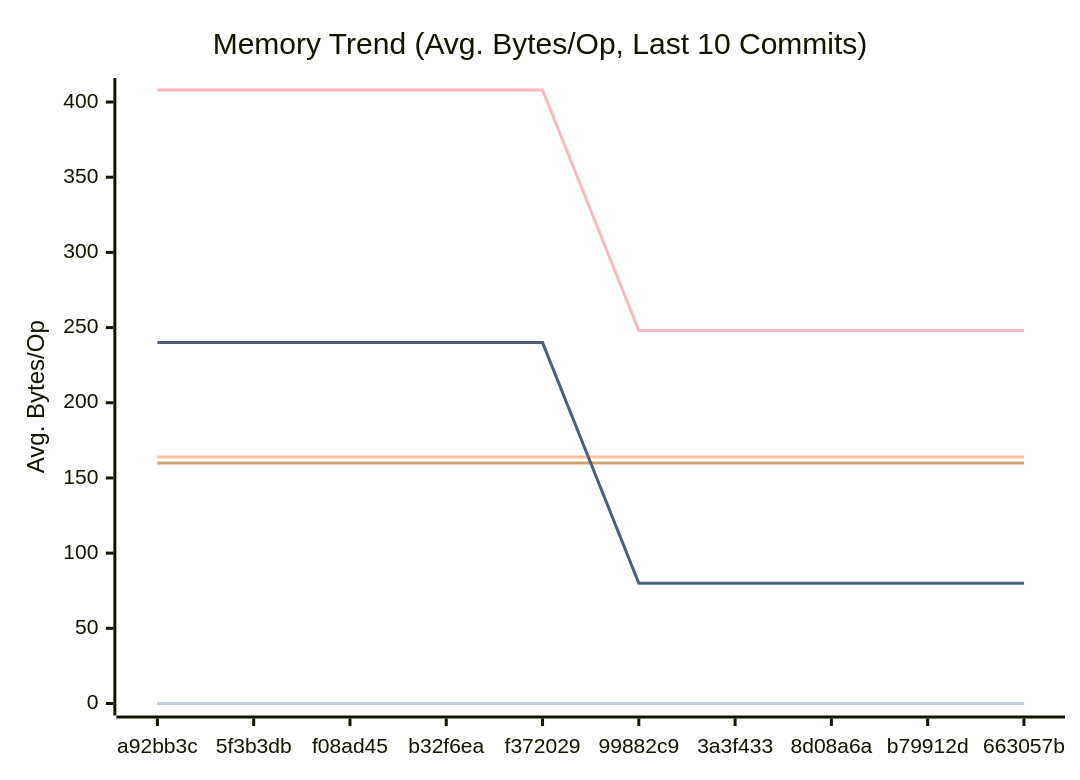
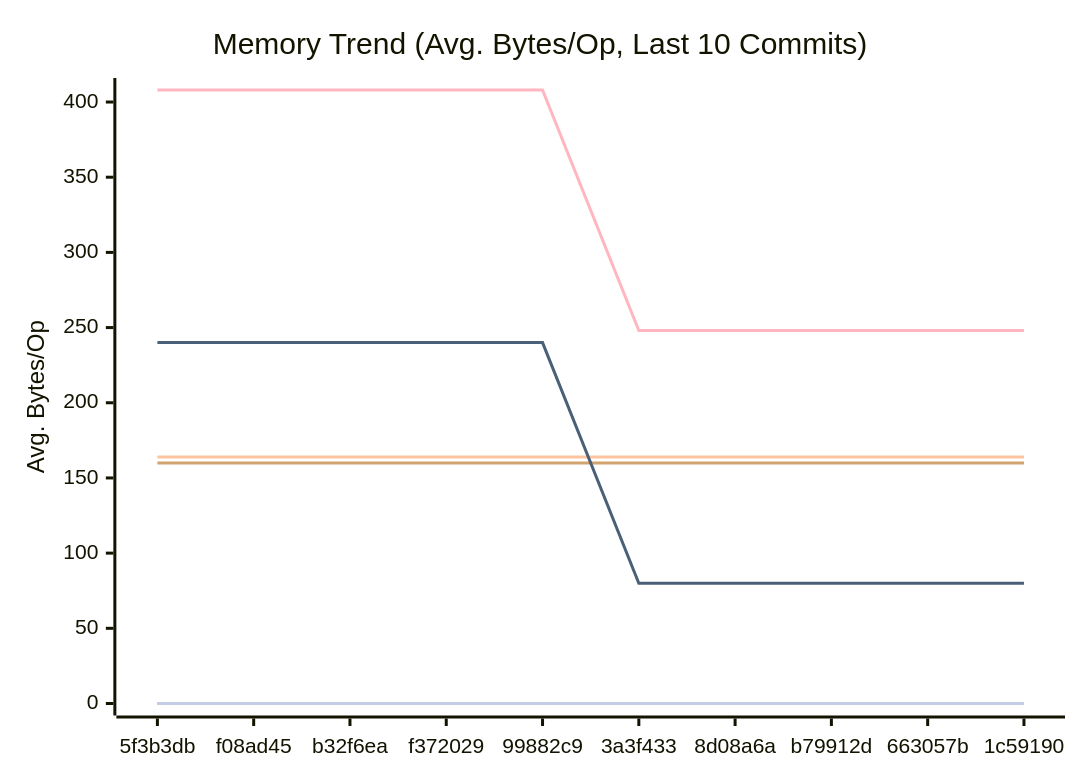
Before and after one commit to alsotoes/momo: the second of 3 diagrams in docs/PERFORMANCE.md, drawn with Mermaid. The commit also changed other lines of this file and 5 other files, not shown here.

````diff
--- a/docs/PERFORMANCE.md
+++ b/docs/PERFORMANCE.md
@@ -97,16 +97,16 @@
 ```mermaid
 xychart-beta
     title "Memory Trend (Avg. Bytes/Op, Last 10 Commits)"
     x-axis "Commit"
     y-axis "Avg. Bytes/Op"
-    x-axis [a92bb3c,5f3b3db,f08ad45,b32f6ea,f372029,99882c9,3a3f433,8d08a6a,b79912d,663057b]
+    x-axis [5f3b3db,f08ad45,b32f6ea,f372029,99882c9,3a3f433,8d08a6a,b79912d,663057b,1c59190]
     line "CheckMetricsAndSwap" [0,0,0,0,0,0,0,0,0,0]
     line "CrushOptimized" [0,0,0,0,0,0,0,0,0,0]
     line "CrushOriginal" [164,164,164,164,164,164,164,164,164,164]
     line "IndexDirectTracking" [0,0,0,0,0,0,0,0,0,0]
     line "IndexSearch" [0,0,0,0,0,0,0,0,0,0]
     line "LoadGlobalConfig" [160,160,160,160,160,160,160,160,160,160]
     line "PadString" [0,0,0,0,0,0,0,0,0,0]
     line "ParseReplicationOrder_NoPrealloc" [408,408,408,408,408,248,248,248,248,248]
     line "ParseReplicationOrder_Prealloc" [240,240,240,240,240,80,80,80,80,80]
 ```
````
